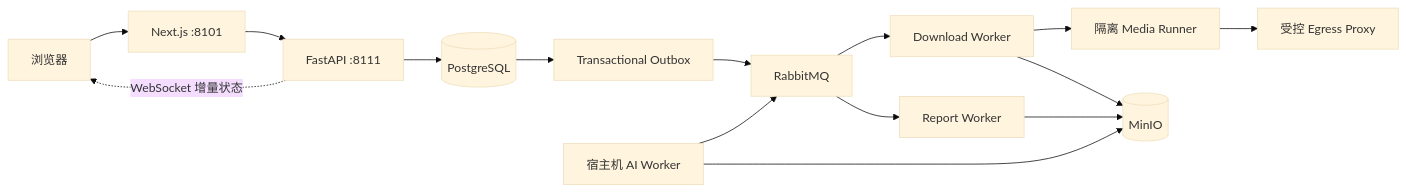
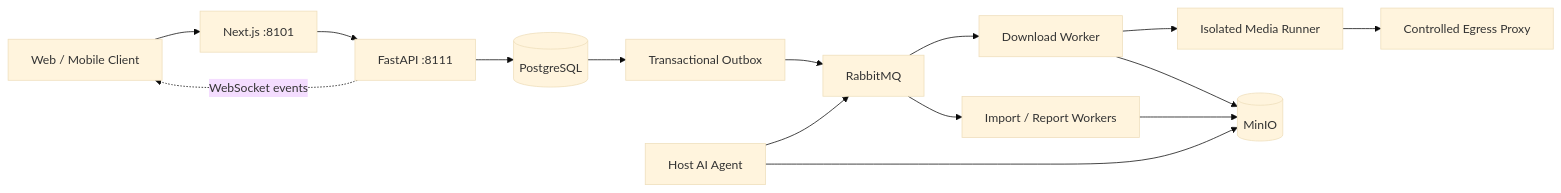
Before and after one commit to StephenQiu30/video-server: the diagram in README.md, drawn with Mermaid (base theme). The commit also changed other lines of this file and 11 other files, not shown here.

````diff
--- a/README.md
+++ b/README.md
@@ -161,17 +137,17 @@
 ```mermaid
 flowchart LR
-  Browser[浏览器] --> Frontend[Next.js :8101]
+  Browser[Web / Mobile Client] --> Frontend[Next.js :8101]
   Frontend --> API[FastAPI :8111]
   API --> DB[(PostgreSQL)]
   DB --> Outbox[Transactional Outbox]
   Outbox --> MQ[RabbitMQ]
   MQ --> Download[Download Worker]
-  Download --> Runner[隔离 Media Runner]
-  Runner --> Proxy[受控 Egress Proxy]
+  MQ --> Documents[Import / Report Workers]
+  Download --> Runner[Isolated Media Runner]
+  Runner --> Proxy[Controlled Egress Proxy]
   Download --> Storage[(MinIO)]
-  MQ --> Report[Report Worker]
-  Report --> Storage
-  HostAI[宿主机 AI Worker] --> MQ
+  Documents --> Storage
+  HostAI[Host AI Agent] --> MQ
   HostAI --> Storage
-  API -. WebSocket 增量状态 .-> Browser
+  API -. WebSocket events .-> Browser
 ```
````
